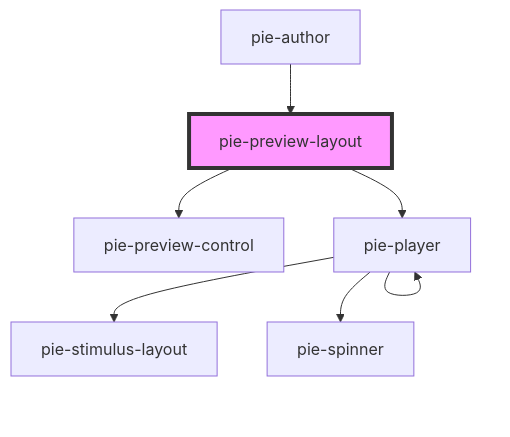
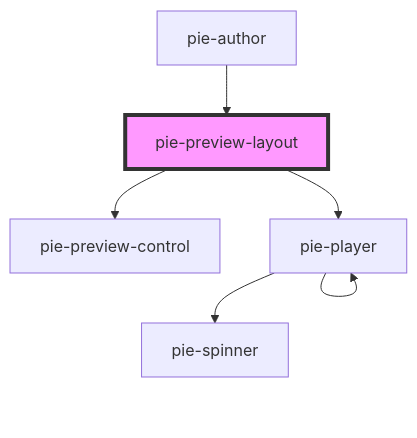
One commit to pie-framework/pie-player-components changed the diagram in src/components/pie-preview-layout/readme.md. Above: the diagram before and after it, drawn with Mermaid. The commit also changed 6 other files, not shown here.

````diff
--- a/src/components/pie-preview-layout/readme.md
+++ b/src/components/pie-preview-layout/readme.md
@@ -27,10 +27,9 @@
 ```mermaid
 graph TD;
   pie-preview-layout --> pie-preview-control
   pie-preview-layout --> pie-player
-  pie-player --> pie-stimulus-layout
   pie-player --> pie-player
   pie-player --> pie-spinner
   pie-author --> pie-preview-layout
   style pie-preview-layout fill:#f9f,stroke:#333,stroke-width:4px
 ```
````
